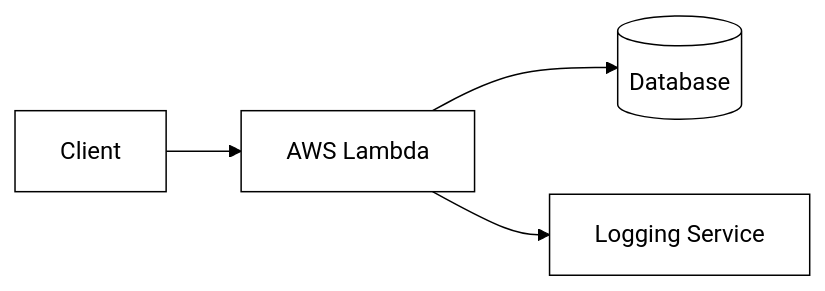
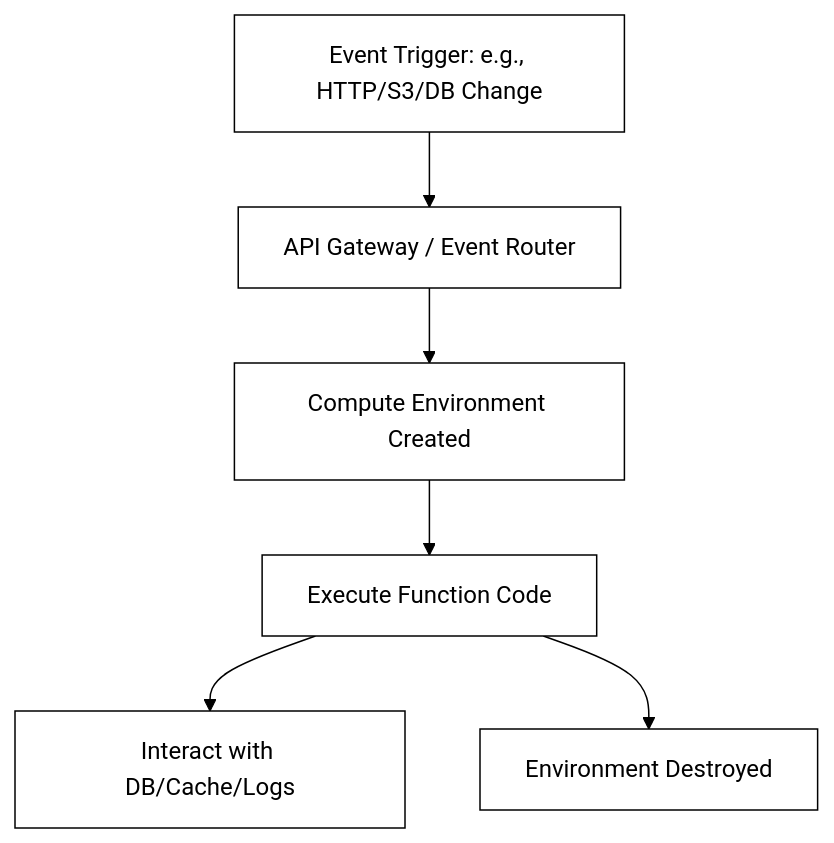
Diagram 11 of 14 in instruction/distributed-application-architectures/distributed-application-architectures.md (byucsstudent/cs240v2), drawn with Mermaid (forest theme) before and after one commit. The commit also changed other lines of this file, not shown here.

Commit message:
Lee Jensen - update(Distributed Application Architectures)

````diff
--- a/instruction/distributed-application-architectures/distributed-application-architectures.md
+++ b/instruction/distributed-application-architectures/distributed-application-architectures.md
@@ -356,7 +362,9 @@
 ```mermaid
-graph LR
+graph TD
     classDef default fill:#ffffff,stroke:#000000,color:#000000,stroke-width:1px;
-    Client --> Lambda[AWS Lambda]
-    Lambda --> DB[(Database)]
-    Lambda --> Log[Logging Service]
+    Trigger[Event Trigger: e.g., HTTP/S3/DB Change] --> Gateway[API Gateway / Event Router]
+    Gateway --> Env[Compute Environment Created]
+    Env --> Func[Execute Function Code]
+    Func --> External[Interact with DB/Cache/Logs]
+    Func --> Destroy[Environment Destroyed]
 ```
````
